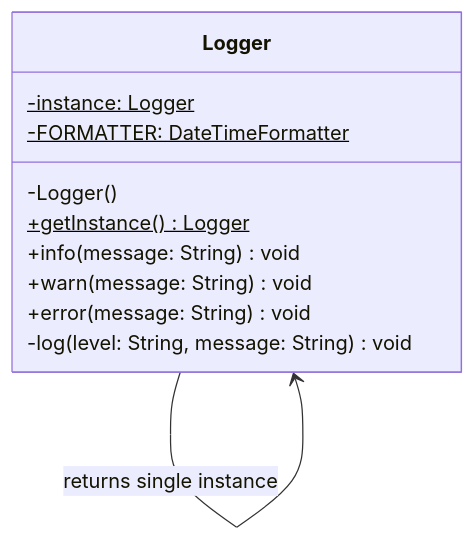
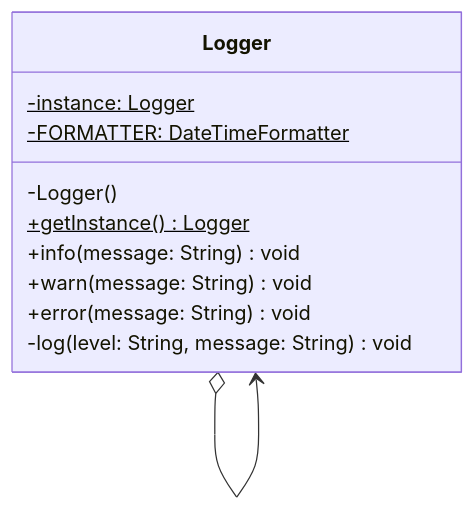
One commit to kubrck/LLD changed the diagram in src/singleton/README.md. Above: the diagram before and after it, drawn with Mermaid. The commit also changed 10 other files, not shown here.

Commit message:
docs(uml): simplify all diagrams to only is-a and has-a relationships

````diff
--- a/src/singleton/README.md
+++ b/src/singleton/README.md
@@ -7,15 +7,15 @@
 ```mermaid
 classDiagram
     class Logger {
         -instance: Logger$
         -FORMATTER: DateTimeFormatter$
         -Logger()
         +getInstance() Logger$
         +info(message: String) void
         +warn(message: String) void
         +error(message: String) void
         -log(level: String, message: String) void
     }
 
-    Logger --> Logger : returns single instance
+    Logger o--> Logger
 ```
````
